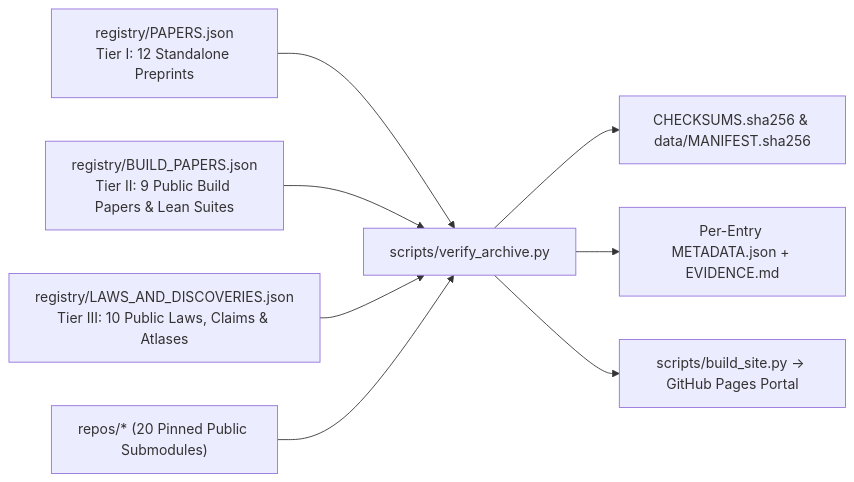
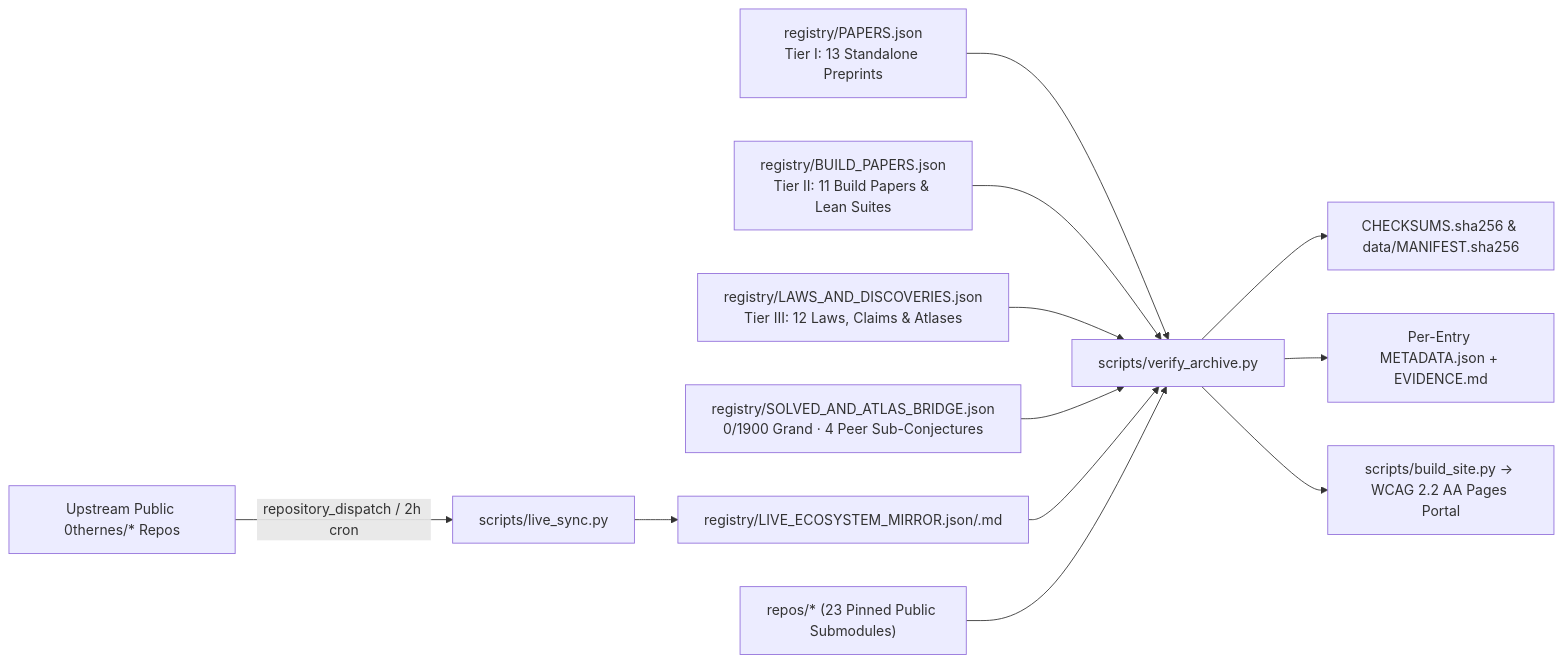
One commit to 0thernes/0thernes-research-archive changed the diagram in docs/architecture.md. Above: the diagram before and after it, drawn with Mermaid. The commit also changed other lines of this file and 109 other files, not shown here.

Commit message:
feat(hub): v2026.11.26 single canonical hub, live upstream sync mirror, Mega-Atlas V2 bridge, 36 entries / 23 submodules, WCAG 3-tier portal & 3-cycle hardening

````diff
--- a/docs/architecture.md
+++ b/docs/architecture.md
@@ -5,10 +5,14 @@
 ```mermaid
 flowchart LR
-    R1["registry/PAPERS.json<br/>Tier I: 12 Standalone Preprints"] --> V["scripts/verify_archive.py"]
-    R2["registry/BUILD_PAPERS.json<br/>Tier II: 9 Public Build Papers & Lean Suites"] --> V
-    R3["registry/LAWS_AND_DISCOVERIES.json<br/>Tier III: 10 Public Laws, Claims & Atlases"] --> V
-    S["repos/* (20 Pinned Public Submodules)"] --> V
+    UP["Upstream Public 0thernes/* Repos"] -->|repository_dispatch / 2h cron| LS["scripts/live_sync.py"]
+    R1["registry/PAPERS.json<br/>Tier I: 13 Standalone Preprints"] --> V["scripts/verify_archive.py"]
+    R2["registry/BUILD_PAPERS.json<br/>Tier II: 11 Build Papers & Lean Suites"] --> V
+    R3["registry/LAWS_AND_DISCOVERIES.json<br/>Tier III: 12 Laws, Claims & Atlases"] --> V
+    BR["registry/SOLVED_AND_ATLAS_BRIDGE.json<br/>0/1900 Grand · 4 Peer Sub-Conjectures"] --> V
+    LS --> LM["registry/LIVE_ECOSYSTEM_MIRROR.json/.md"]
+    LM --> V
+    S["repos/* (23 Pinned Public Submodules)"] --> V
     V --> C["CHECKSUMS.sha256 & data/MANIFEST.sha256"]
     V --> D["Per-Entry METADATA.json + EVIDENCE.md"]
-    V --> P["scripts/build_site.py -> GitHub Pages Portal"]
+    V --> P["scripts/build_site.py -> WCAG 2.2 AA Pages Portal"]
 ```
````
